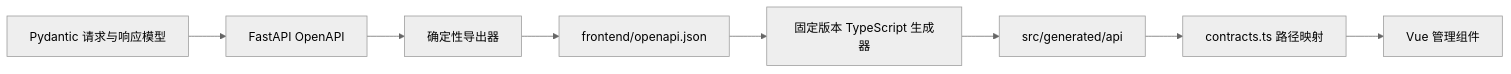
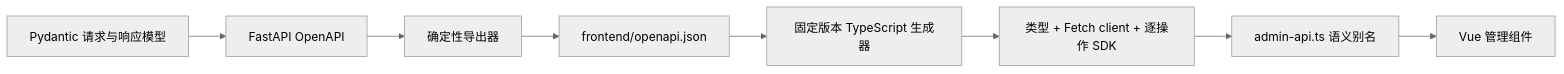
The second of 8 diagrams in 结构设计规范知识库/docs/architecture/系统详细设计.md (xiaochongshanww/Portfolio), drawn with Mermaid (neutral theme) before and after one commit. The commit also changed other lines of this file and 43 other files, not shown here.

Commit message:
feat: generate admin API client

````diff
--- a/结构设计规范知识库/docs/architecture/系统详细设计.md
+++ b/结构设计规范知识库/docs/architecture/系统详细设计.md
@@ -72,10 +72,10 @@
 ```mermaid
 flowchart LR
     M["Pydantic 请求与响应模型"] --> F["FastAPI OpenAPI"]
     F --> E["确定性导出器"]
     E --> O["frontend/openapi.json"]
     O --> G["固定版本 TypeScript 生成器"]
-    G --> T["src/generated/api"]
-    T --> C["contracts.ts 路径映射"]
-    C --> V["Vue 管理组件"]
+    G --> T["类型 + Fetch client + 逐操作 SDK"]
+    T --> A["admin-api.ts 语义别名"]
+    A --> V["Vue 管理组件"]
 ```
````
